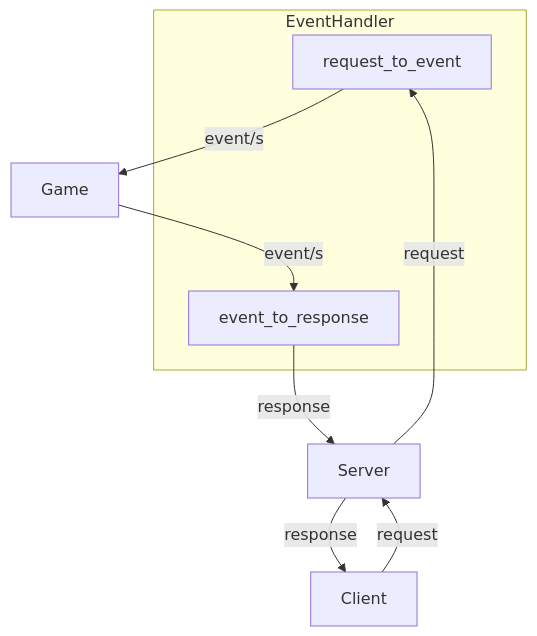
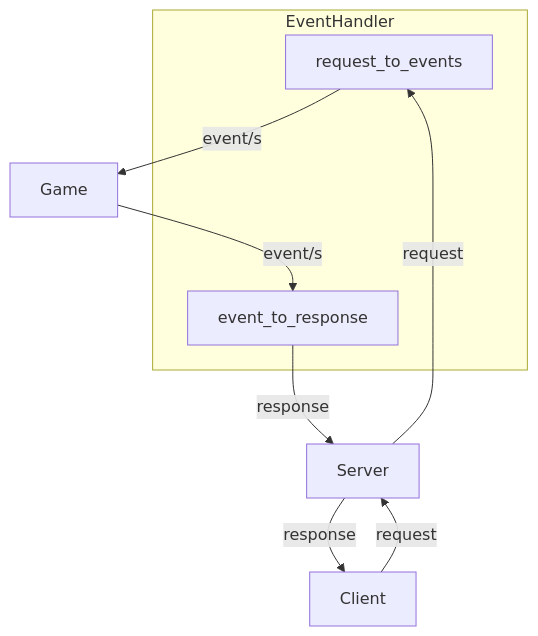
The fourth of 5 diagrams in docs/architecture_granularity_level_class.md (likecookiesstudio/ecs-game-engine), drawn with Mermaid before and after one commit. The commit also changed 11 other files, not shown here.

````diff
--- a/docs/architecture_granularity_level_class.md
+++ b/docs/architecture_granularity_level_class.md
@@ -55,15 +55,15 @@
 ```mermaid
 graph TD;
     subgraph EventHandler
-    request_to_event
+    request_to_events
     event_to_response
     end
 
     Client--request-->Server;
-    Server--request-->request_to_event;
-    request_to_event--event/s-->Game;
+    Server--request-->request_to_events;
+    request_to_events--event/s-->Game;
 
     Game--event/s-->event_to_response;
     event_to_response--response-->Server;
     Server--response-->Client;
 ```
````
